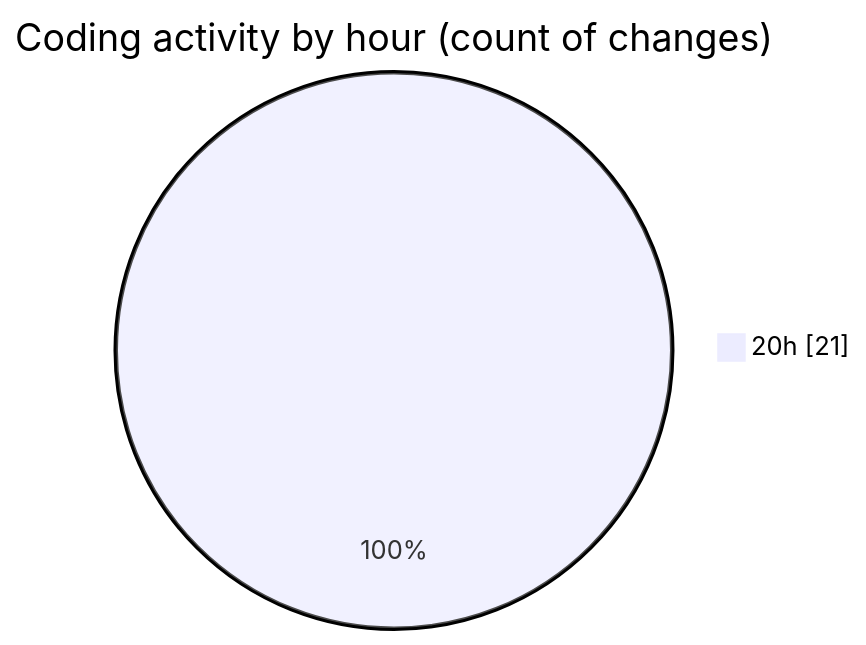
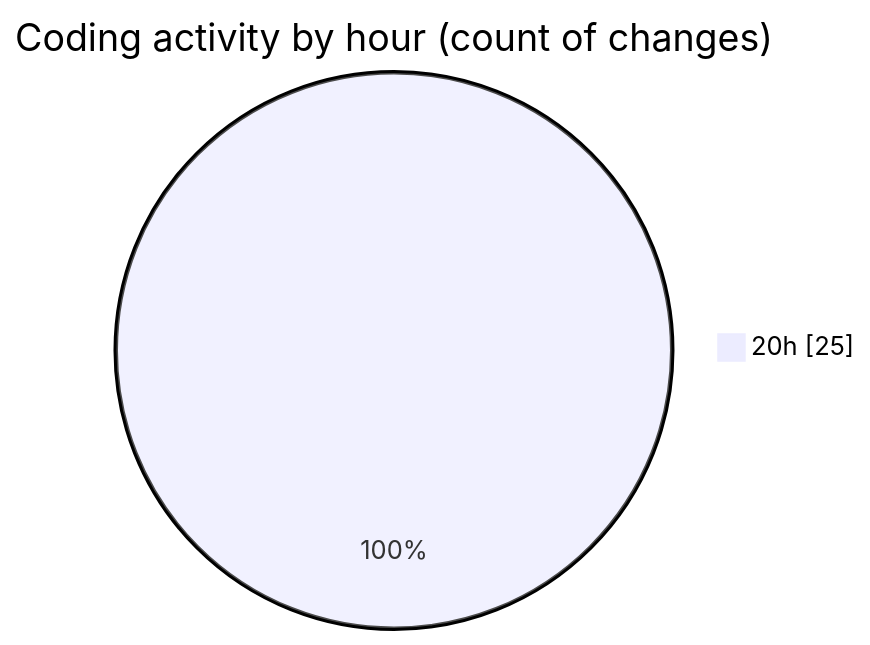
The second of 2 diagrams in 2025-07-19/mern-workoutboard/README.md (Ritupan-Deka/code-tracking), drawn with Mermaid before and after one commit. The commit also changed other lines of this file and 1 other file, not shown here.

````diff
--- a/2025-07-19/mern-workoutboard/README.md
+++ b/2025-07-19/mern-workoutboard/README.md
@@ -29,5 +29,5 @@
 ```mermaid
 pie showData
 title Coding activity by hour (count of changes)
-"20h" : 21
+"20h" : 25
 ```
````
